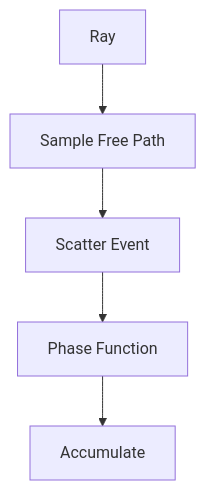
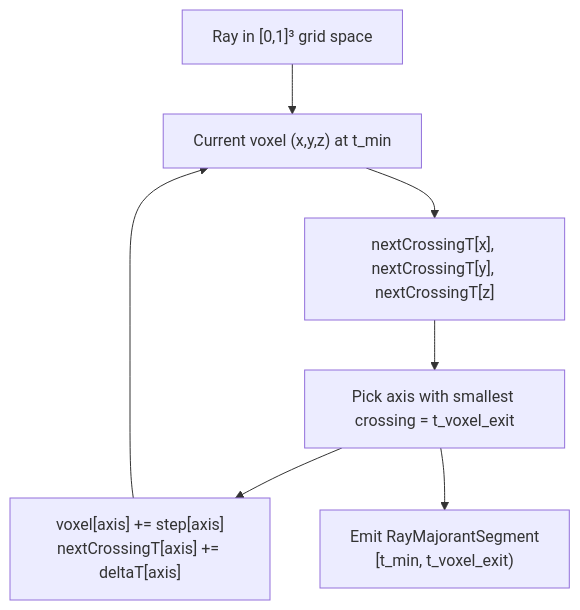
One commit to whyyoudodisjojo/pbrt-wgpu changed diagram 12 of 12 in chapters/11-volume-scattering.md. Above: the diagram before and after it, drawn with Mermaid. The commit also changed other lines of this file and 15 other files, not shown here.

````diff
--- a/chapters/11-volume-scattering.md
+++ b/chapters/11-volume-scattering.md
@@ -5,7 +1218,9 @@
 ```mermaid
 flowchart TD
-    A[Ray] --> B[Sample Free Path]
-    B --> C[Scatter Event]
-    C --> D[Phase Function]
-    D --> E[Accumulate]
+    A["Ray in [0,1]³ grid space"] --> B["Current voxel (x,y,z) at t_min"]
+    B --> C["nextCrossingT[x], nextCrossingT[y], nextCrossingT[z]"]
+    C --> D["Pick axis with smallest crossing = t_voxel_exit"]
+    D --> E["voxel[axis] += step[axis]<br/>nextCrossingT[axis] += deltaT[axis]"]
+    E --> B
+    D --> F["Emit RayMajorantSegment<br/>[t_min, t_voxel_exit)"]
 ```
````
